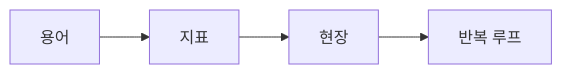
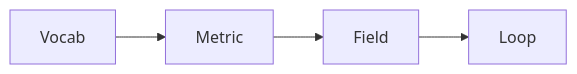
One commit to yeongseon-books/book-content changed the diagram in content/data-science-career-101/ko/09-domain-expertise.md. Above: the diagram before and after it, drawn with Mermaid. The commit also changed other lines of this file and 9 other files, not shown here.

````diff
--- a/content/data-science-career-101/ko/09-domain-expertise.md
+++ b/content/data-science-career-101/ko/09-domain-expertise.md
@@ -41,6 +51,6 @@
 ```mermaid
 flowchart LR
-    V[용어] --> M[지표]
-    M --> F[현장]
-    F --> L[반복 루프]
+    V[Vocab] --> M[Metric]
+    M --> F[Field]
+    F --> L[Loop]
 ```
````
